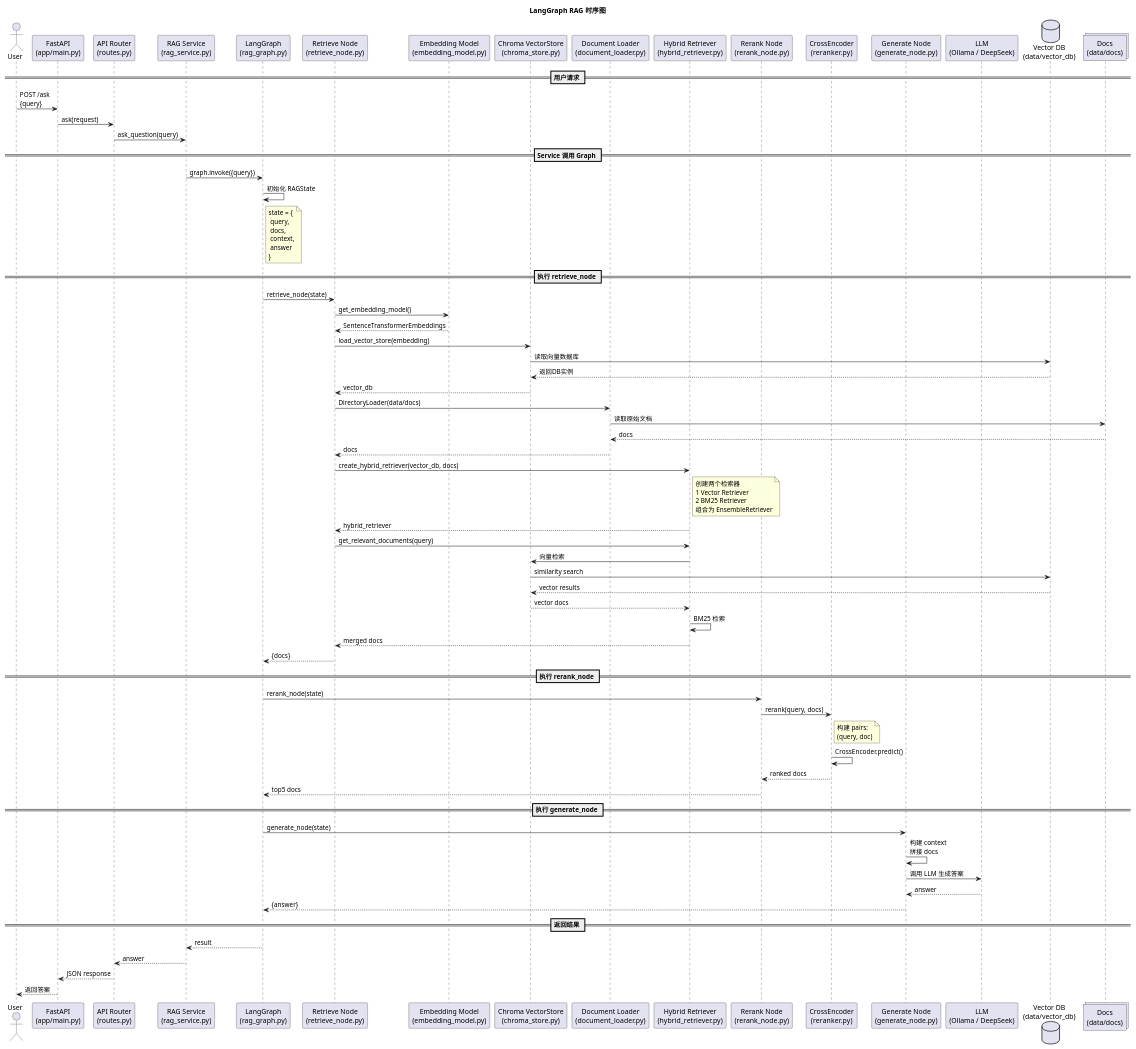
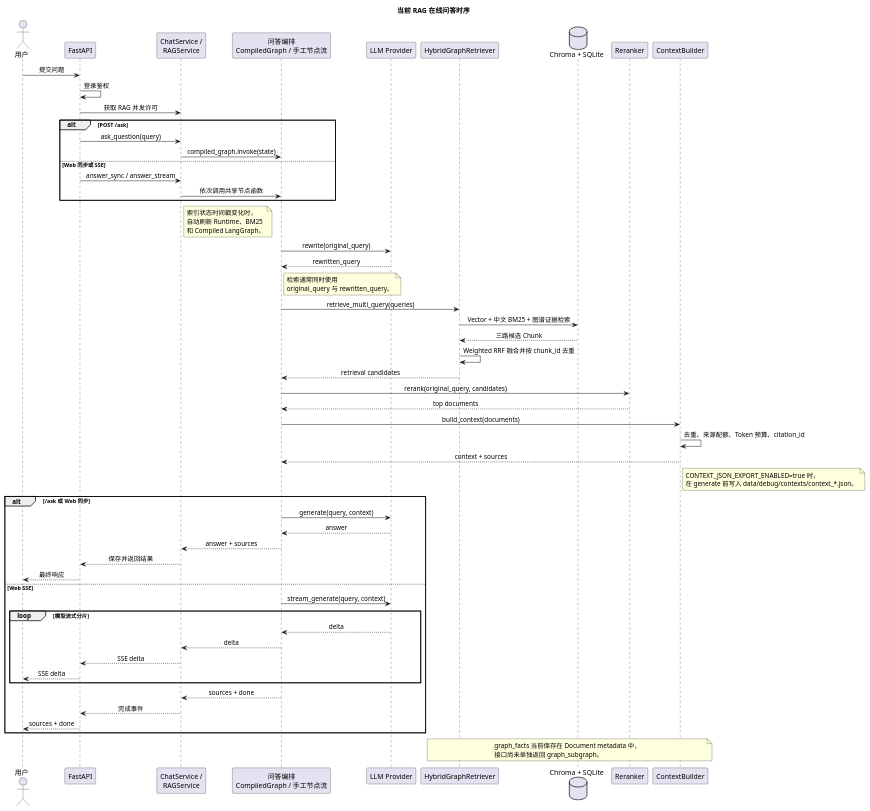
The diagram in RAG时序图.puml (wangchuanbo123/ragflow-enterprise), drawn with PlantUML before and after one commit. The commit also changed 164 other files, not shown here.

Commit message:
0730：修改bug，增加知识图谱

```diff
--- a/RAG时序图.puml
+++ b/RAG时序图.puml
@@ -1,130 +1,84 @@
 @startuml
-title LangGraph RAG 时序图
+title 当前 RAG 在线问答时序
 
-actor User
+skinparam backgroundColor white
+skinparam shadowing false
+skinparam sequenceMessageAlign center
 
-participant "FastAPI\n(app/main.py)" as FastAPI
-participant "API Router\n(routes.py)" as Router
-participant "RAG Service\n(rag_service.py)" as Service
-participant "LangGraph\n(rag_graph.py)" as Graph
+actor "用户" as User
+participant "FastAPI" as API
+participant "ChatService /\nRAGService" as Service
+participant "问答编排\nCompiledGraph / 手工节点流" as Flow
+participant "LLM Provider" as LLM
+participant "HybridGraphRetriever" as Retriever
+database "Chroma + SQLite" as Stores
+participant "Reranker" as Reranker
+participant "ContextBuilder" as Context
 
-participant "Retrieve Node\n(retrieve_node.py)" as Retrieve
-participant "Embedding Model\n(embedding_model.py)" as Embedding
-participant "Chroma VectorStore\n(chroma_store.py)" as Chroma
-participant "Document Loader\n(document_loader.py)" as Loader
-participant "Hybrid Retriever\n(hybrid_retriever.py)" as Hybrid
+User -> API : 提交问题
+API -> API : 登录鉴权
+API -> Service : 获取 RAG 并发许可
 
-participant "Rerank Node\n(rerank_node.py)" as RerankNode
-participant "CrossEncoder\n(reranker.py)" as Reranker
+alt POST /ask
+  API -> Service : ask_question(query)
+  Service -> Flow : compiled_graph.invoke(state)
+else Web 同步或 SSE
+  API -> Service : answer_sync / answer_stream
+  Service -> Flow : 依次调用共享节点函数
+end
 
-participant "Generate Node\n(generate_node.py)" as Generate
-participant "LLM\n(Ollama / DeepSeek)" as LLM
-
-database "Vector DB\n(data/vector_db)" as VectorDB
-collections "Docs\n(data/docs)" as Docs
-
-== 用户请求 ==
-
-User -> FastAPI : POST /ask\n{query}
-FastAPI -> Router : ask(request)
-
-Router -> Service : ask_question(query)
-
-== Service 调用 Graph ==
-
-Service -> Graph : graph.invoke({query})
-
-Graph -> Graph : 初始化 RAGState
-
-note right of Graph
-state = {
- query,
- docs,
- context,
- answer
-}
+note right of Service
+索引状态时间戳变化时，
+自动刷新 Runtime、BM25
+和 Compiled LangGraph。
 end note
 
-== 执行 retrieve_node ==
-
-Graph -> Retrieve : retrieve_node(state)
-
-Retrieve -> Embedding : get_embedding_model()
-
-Embedding --> Retrieve : SentenceTransformerEmbeddings
-
-Retrieve -> Chroma : load_vector_store(embedding)
-
-Chroma -> VectorDB : 读取向量数据库
-VectorDB --> Chroma : 返回DB实例
-Chroma --> Retrieve : vector_db
-
-Retrieve -> Loader : DirectoryLoader(data/docs)
-
-Loader -> Docs : 读取原始文档
-Docs --> Loader : docs
-Loader --> Retrieve : docs
-
-Retrieve -> Hybrid : create_hybrid_retriever(vector_db, docs)
-
-note right of Hybrid
-创建两个检索器
-1 Vector Retriever
-2 BM25 Retriever
-组合为 EnsembleRetriever
+Flow -> LLM : rewrite(original_query)
+LLM --> Flow : rewritten_query
+note right of Flow
+检索通常同时使用
+original_query 与 rewritten_query。
 end note
 
-Hybrid --> Retrieve : hybrid_retriever
+Flow -> Retriever : retrieve_multi_query(queries)
+Retriever -> Stores : Vector + 中文 BM25 + 图谱证据检索
+Stores --> Retriever : 三路候选 Chunk
+Retriever -> Retriever : Weighted RRF 融合并按 chunk_id 去重
+Retriever --> Flow : retrieval candidates
 
-Retrieve -> Hybrid : get_relevant_documents(query)
+Flow -> Reranker : rerank(original_query, candidates)
+Reranker --> Flow : top documents
 
-Hybrid -> Chroma : 向量检索
-Chroma -> VectorDB : similarity search
-VectorDB --> Chroma : vector results
-Chroma --> Hybrid : vector docs
-
-Hybrid -> Hybrid : BM25 检索
-Hybrid --> Retrieve : merged docs
-
-Retrieve --> Graph : {docs}
-
-== 执行 rerank_node ==
-
-Graph -> RerankNode : rerank_node(state)
-
-RerankNode -> Reranker : rerank(query, docs)
-
-note right of Reranker
-构建 pairs:
-(query, doc)
+Flow -> Context : build_context(documents)
+Context -> Context : 去重、来源配额、Token 预算、citation_id
+Context --> Flow : context + sources
+note right of Context
+CONTEXT_JSON_EXPORT_ENABLED=true 时，
+在 generate 前写入 data/debug/contexts/context_*.json。
 end note
 
-Reranker -> Reranker : CrossEncoder.predict()
+alt /ask 或 Web 同步
+  Flow -> LLM : generate(query, context)
+  LLM --> Flow : answer
+  Flow --> Service : answer + sources
+  Service --> API : 保存并返回结果
+  API --> User : 最终响应
+else Web SSE
+  Flow -> LLM : stream_generate(query, context)
+  loop 模型流式分片
+    LLM --> Flow : delta
+    Flow --> Service : delta
+    Service --> API : SSE delta
+    API --> User : SSE delta
+  end
+  Flow --> Service : sources + done
+  Service --> API : 完成事件
+  API --> User : sources + done
+end
 
-Reranker --> RerankNode : ranked docs
-
-RerankNode --> Graph : top5 docs
-
-== 执行 generate_node ==
-
-Graph -> Generate : generate_node(state)
-
-Generate -> Generate : 构建 context\n拼接 docs
-
-Generate -> LLM : 调用 LLM 生成答案
-
-LLM --> Generate : answer
-
-Generate --> Graph : {answer}
-
-== 返回结果 ==
-
-Graph --> Service : result
-
-Service --> Router : answer
-
-Router --> FastAPI : JSON response
-
-FastAPI --> User : 返回答案
+note over Retriever,Context
+graph_facts 当前保存在 Document metadata 中，
+接口尚未单独返回 graph_subgraph。
+end note
 
 @enduml
```
